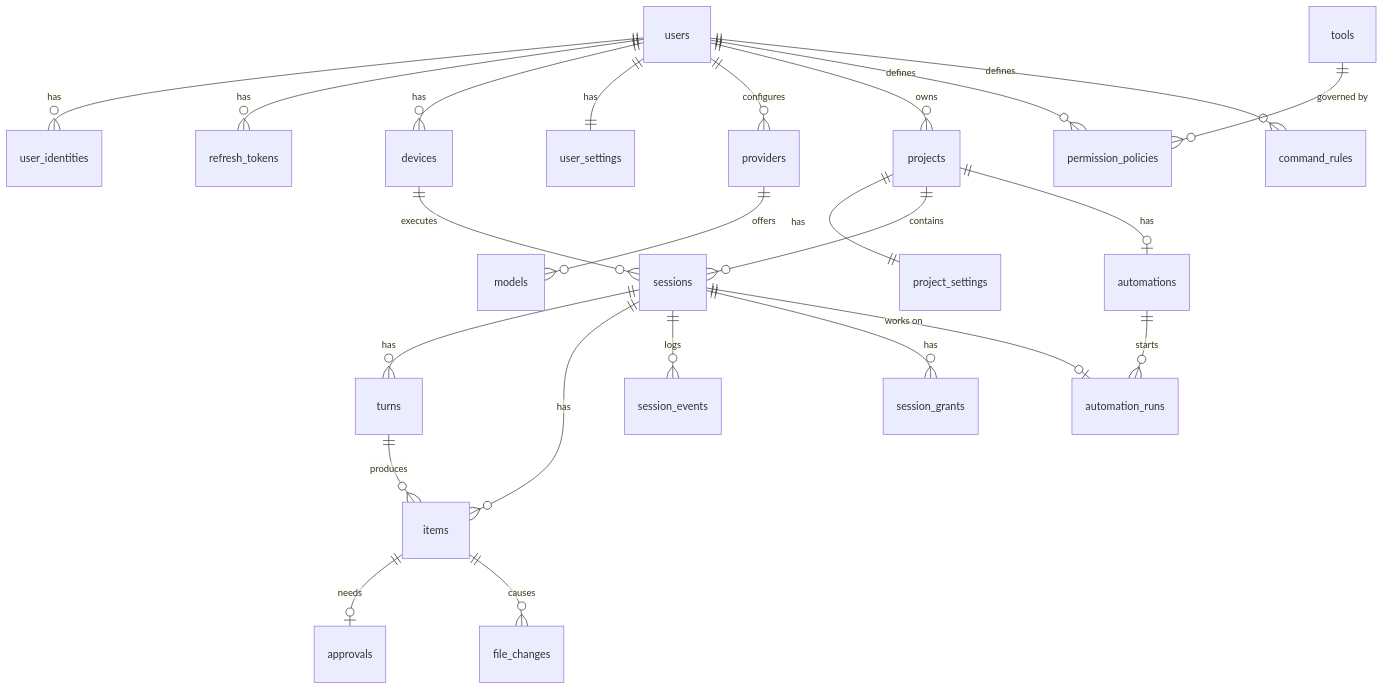
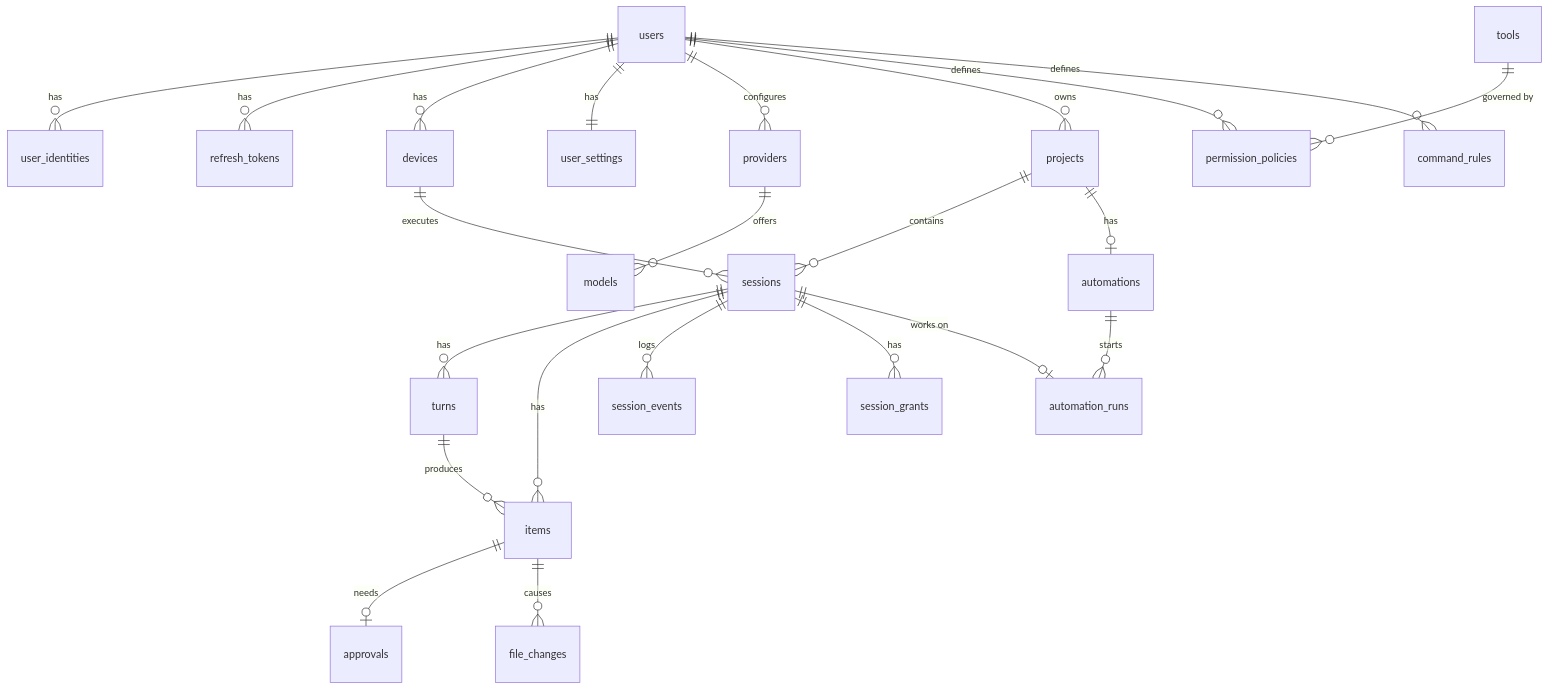
The diagram in docs/04-data-model.md (vladimirbsuir/pointer), drawn with Mermaid before and after one commit. The commit also changed other lines of this file and 2 other files, not shown here.

````diff
--- a/docs/04-data-model.md
+++ b/docs/04-data-model.md
@@ -19,26 +19,25 @@
 ```mermaid
 erDiagram
     users ||--o{ user_identities : has
     users ||--o{ refresh_tokens : has
     users ||--o{ devices : has
     users ||--|| user_settings : has
     users ||--o{ providers : configures
     providers ||--o{ models : offers
     users ||--o{ projects : owns
-    projects ||--|| project_settings : has
     users ||--o{ permission_policies : defines
     users ||--o{ command_rules : defines
     tools ||--o{ permission_policies : "governed by"
     projects ||--o{ sessions : contains
     devices ||--o{ sessions : executes
     sessions ||--o{ turns : has
     sessions ||--o{ items : has
     sessions ||--o{ session_events : logs
     sessions ||--o{ session_grants : has
     turns ||--o{ items : produces
     items ||--o| approvals : needs
     items ||--o{ file_changes : causes
     projects ||--o| automations : has
     automations ||--o{ automation_runs : starts
     sessions ||--o| automation_runs : "works on"
 ```
````
